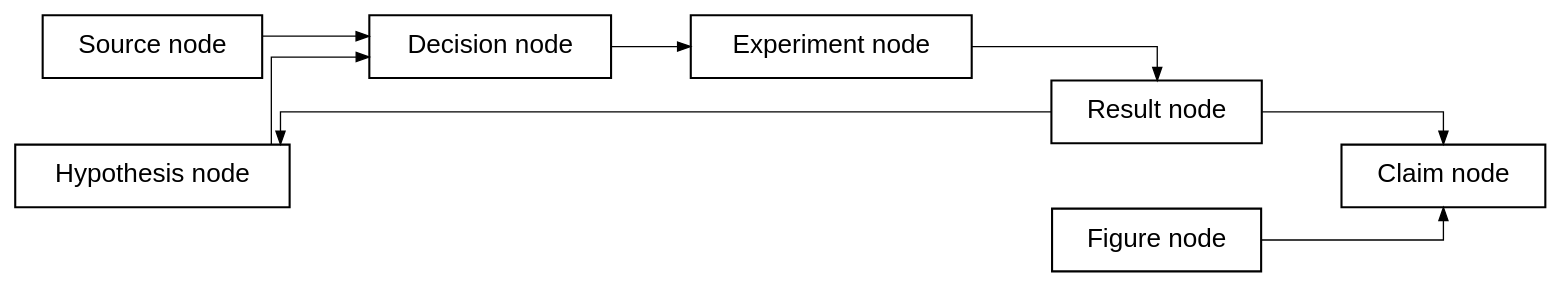
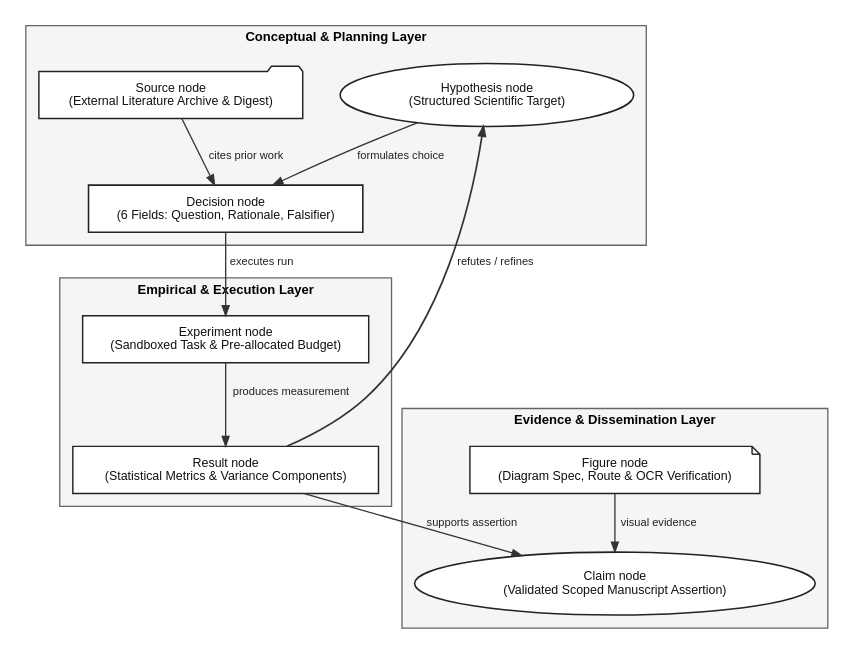
The diagram in paper/figures/rendered/fig-03.dot (umyunsang/argo), drawn with Graphviz before and after one commit. The commit also changed 32 other files, not shown here.

Commit message:
feat(paper): redesign all 9 figures into rich multi-tier technical architecture schematics with balanced aspect ratios

```diff
--- a/paper/figures/rendered/fig-03.dot
+++ b/paper/figures/rendered/fig-03.dot
@@ -1,22 +1,109 @@
-digraph G {
-  rankdir=LR;
+digraph ContextGraphSchema {
+  compound=true;
+  rankdir=TB;
   bgcolor=white;
-  node [shape=box, style=solid, color=black, fontcolor=black, fontname="Helvetica", fontsize=20, penwidth=1.6, margin="0.30,0.18"];
-  edge [color=black, fontcolor=black, arrowhead=normal, penwidth=1.0];
-  splines=ortho;
-  nodesep=0.70; ranksep=0.85;
-  "Hypothesis node" [label="Hypothesis node"];
-  "Decision node" [label="Decision node"];
-  "Experiment node" [label="Experiment node"];
-  "Result node" [label="Result node"];
-  "Claim node" [label="Claim node"];
-  "Source node" [label="Source node"];
-  "Figure node" [label="Figure node"];
-  "Hypothesis node" -> "Decision node";
-  "Decision node" -> "Experiment node";
-  "Experiment node" -> "Result node";
-  "Result node" -> "Claim node";
-  "Source node" -> "Decision node";
-  "Figure node" -> "Claim node";
-  "Result node" -> "Hypothesis node";
+  nodesep=0.40;
+  ranksep=0.50;
+
+  node [
+    shape=box,
+    style="filled,solid",
+    fillcolor="#FFFFFF",
+    color="#222222",
+    fontcolor="#111111",
+    fontname="Helvetica",
+    fontsize=9.5,
+    penwidth=1.1,
+    margin="0.14,0.10"
+  ];
+
+  edge [
+    color="#333333",
+    fontcolor="#222222",
+    fontname="Helvetica",
+    fontsize=8.5,
+    arrowhead=normal,
+    arrowsize=0.75,
+    penwidth=1.0
+  ];
+
+  subgraph cluster_conceptual {
+    label="Conceptual & Planning Layer";
+    fontname="Helvetica-Bold";
+    fontsize=10.0;
+    color="#666666";
+    fillcolor="#F5F5F5";
+    style="filled,solid";
+    margin=10;
+
+    hypo_node [
+      label="Hypothesis node\n(Structured Scientific Target)",
+      shape=ellipse,
+      penwidth=1.2
+    ];
+
+    dec_node [
+      label="Decision node\n(6 Fields: Question, Rationale, Falsifier)",
+      shape=box,
+      penwidth=1.2
+    ];
+
+    source_node [
+      label="Source node\n(External Literature Archive & Digest)",
+      shape=folder,
+      fillcolor="#FFFFFF"
+    ];
+  }
+
+  subgraph cluster_empirical {
+    label="Empirical & Execution Layer";
+    fontname="Helvetica-Bold";
+    fontsize=10.0;
+    color="#666666";
+    fillcolor="#F5F5F5";
+    style="filled,solid";
+    margin=10;
+
+    exp_node [
+      label="Experiment node\n(Sandboxed Task & Pre-allocated Budget)",
+      shape=box
+    ];
+
+    res_node [
+      label="Result node\n(Statistical Metrics & Variance Components)",
+      shape=box
+    ];
+  }
+
+  subgraph cluster_dissemination {
+    label="Evidence & Dissemination Layer";
+    fontname="Helvetica-Bold";
+    fontsize=10.0;
+    color="#666666";
+    fillcolor="#F5F5F5";
+    style="filled,solid";
+    margin=10;
+
+    claim_node [
+      label="Claim node\n(Validated Scoped Manuscript Assertion)",
+      shape=ellipse,
+      penwidth=1.2
+    ];
+
+    fig_node [
+      label="Figure node\n(Diagram Spec, Route & OCR Verification)",
+      shape=note,
+      fillcolor="#FFFFFF"
+    ];
+  }
+
+  hypo_node -> dec_node [label="formulates choice"];
+  source_node -> dec_node [label="cites prior work"];
+  dec_node -> exp_node [label="executes run"];
+  exp_node -> res_node [label="produces measurement"];
+  res_node -> claim_node [label="supports assertion"];
+  fig_node -> claim_node [label="visual evidence"];
+
+  // Feedback edge: Result refutes or refines Hypothesis
+  res_node -> hypo_node [label="refutes / refines", constraint=false, style=bold, penwidth=1.3];
 }
```
